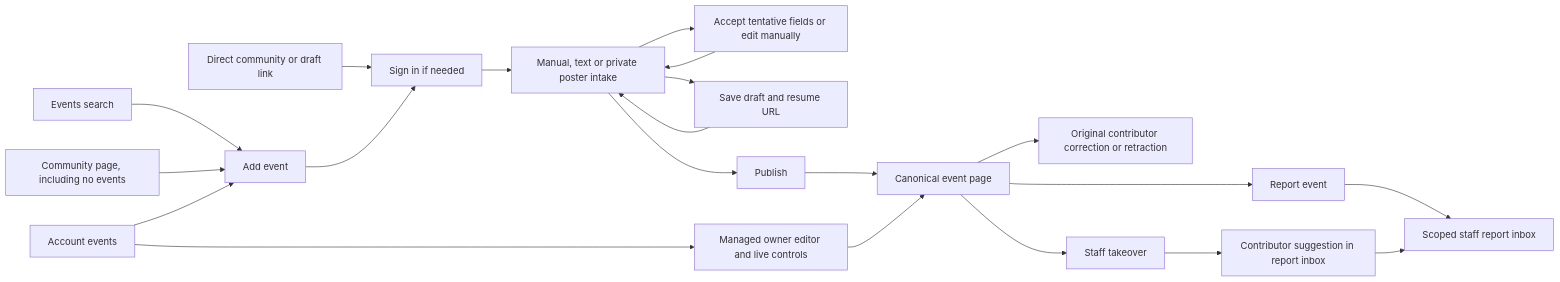
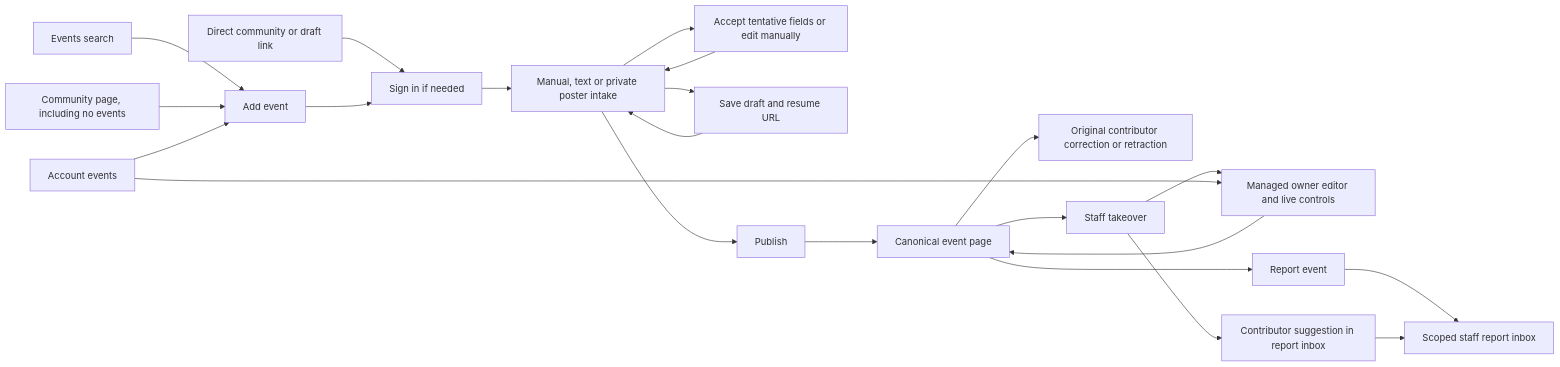
Before and after one commit to BASIC-BIT/VRDex: the diagram in docs/engineering/event-contribution-browser.md, drawn with Mermaid. The commit also changed other lines of this file and 19 other files, not shown here.

````diff
--- a/docs/engineering/event-contribution-browser.md
+++ b/docs/engineering/event-contribution-browser.md
@@ -8,23 +8,24 @@
 ```mermaid
 flowchart LR
     Search[Events search] --> Add[Add event]
     Community[Community page, including no events] --> Add
     Account[Account events] --> Add
     Direct[Direct community or draft link] --> Auth[Sign in if needed]
     Add --> Auth
     Auth --> Intake[Manual, text or private poster intake]
     Intake --> Review[Accept tentative fields or edit manually]
     Review --> Intake
     Intake --> Save[Save draft and resume URL]
     Save --> Intake
     Intake --> Publish[Publish]
     Publish --> Event[Canonical event page]
     Event --> Correct[Original contributor correction or retraction]
     Event --> Staff[Staff takeover]
+    Staff --> Owner
     Staff --> Suggest[Contributor suggestion in report inbox]
     Event --> Report[Report event]
     Report --> Inbox[Scoped staff report inbox]
     Suggest --> Inbox
     Account --> Owner[Managed owner editor and live controls]
     Owner --> Event
 ```
````
